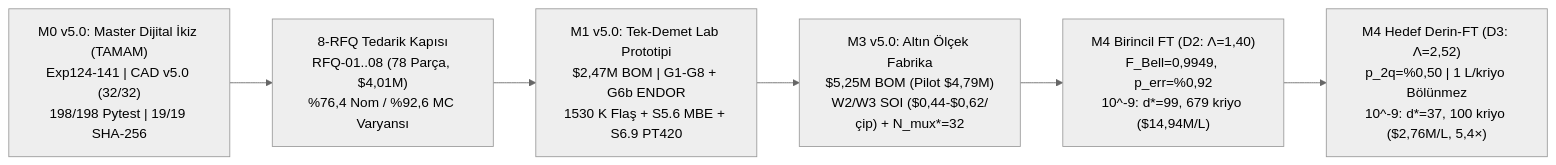
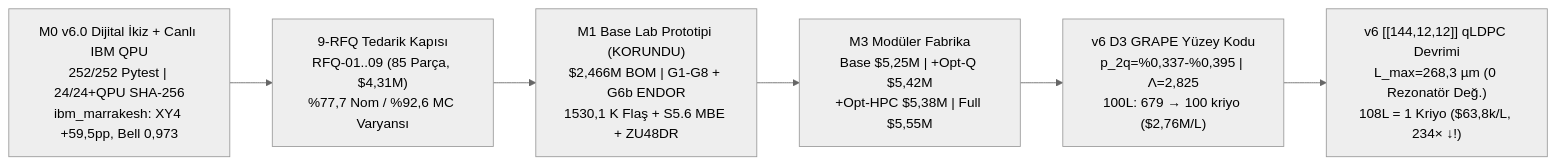
The third of 3 diagrams in README.md (berkmec/Atom-Lithography), drawn with Mermaid (neutral theme) before and after one commit. The commit also changed other lines of this file and 126 other files, not shown here.

Commit message:
Atom Lithography Machine v6.0: Option-Q qRAM & S1-Multi (Exp142), D3 GRAPE M4 & Option-HPC 100G RDMA (Exp143), qLDPC [[144,12,12]] 1-Cryostat 120L (Exp144), Live IBM ibm_marrakesh 156Q QPU Validation + CellISA v4.0 + auto_recal (Exp145), v6 Digital Twin (Exp146), CAD/BOM v6.0 + RFQ-09

````diff
--- a/README.md
+++ b/README.md
@@ -77,8 +79,8 @@
 ```mermaid
 flowchart LR
-    M0["M0 v5.0: Master Dijital İkiz (TAMAM)<br/>Exp124-141 | CAD v5.0 (32/32)<br/>198/198 Pytest | 19/19 SHA-256"] --> RFQ["8-RFQ Tedarik Kapısı<br/>RFQ-01..08 (78 Parça, $4,01M)<br/>%76,4 Nom / %92,6 MC Varyansı"]
-    RFQ --> M1["M1 v5.0: Tek-Demet Lab Prototipi<br/>$2,47M BOM | G1-G8 + G6b ENDOR<br/>1530 K Flaş + S5.6 MBE + S6.9 PT420"]
-    M1 --> M3["M3 v5.0: Altın Ölçek Fabrika<br/>$5,25M BOM (Pilot $4,79M)<br/>W2/W3 SOI ($0,44-$0,62/çip) + N_mux*=32"]
-    M3 --> M4D2["M4 Birincil FT (D2: Λ=1,40)<br/>F_Bell=0,9949, p_err=%0,92<br/>10^-9: d*=99, 679 kriyo ($14,94M/L)"]
-    M4D2 --> M4D3["M4 Hedef Derin-FT (D3: Λ=2,52)<br/>p_2q=%0,50 | 1 L/kriyo Bölünmez<br/>10^-9: d*=37, 100 kriyo ($2,76M/L, 5,4×)"]
+    M0["M0 v6.0 Dijital İkiz + Canlı IBM QPU<br/>252/252 Pytest | 24/24+QPU SHA-256<br/>ibm_marrakesh: XY4 +59,5pp, Bell 0,973"] --> RFQ["9-RFQ Tedarik Kapısı<br/>RFQ-01..09 (85 Parça, $4,31M)<br/>%77,7 Nom / %92,6 MC Varyansı"]
+    RFQ --> M1["M1 Base Lab Prototipi (KORUNDU)<br/>$2,466M BOM | G1-G8 + G6b ENDOR<br/>1530,1 K Flaş + S5.6 MBE + ZU48DR"]
+    M1 --> M3["M3 Modüler Fabrika<br/>Base $5,25M | +Opt-Q $5,42M<br/>+Opt-HPC $5,38M | Full $5,55M"]
+    M3 --> D3SC["v6 D3 GRAPE Yüzey Kodu<br/>p_2q=%0,337-%0,395 | Λ=2,825<br/>100L: 679 → 100 kriyo ($2,76M/L)"]
+    D3SC --> QLDPC["v6 [[144,12,12]] qLDPC Devrimi<br/>L_max=268,3 µm (0 Rezonatör Değ.)<br/>108L = 1 Kriyo ($63,8k/L, 234× ↓!)"]
 ```
````
